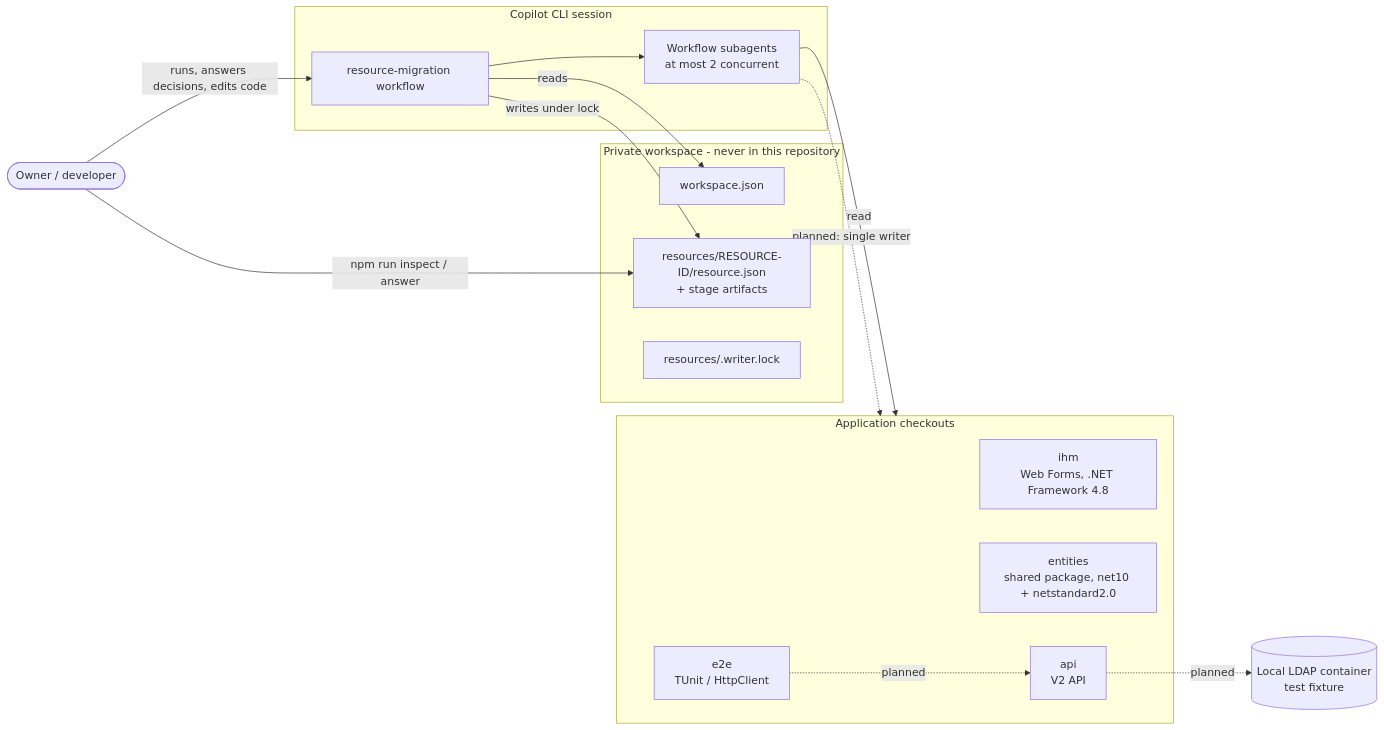
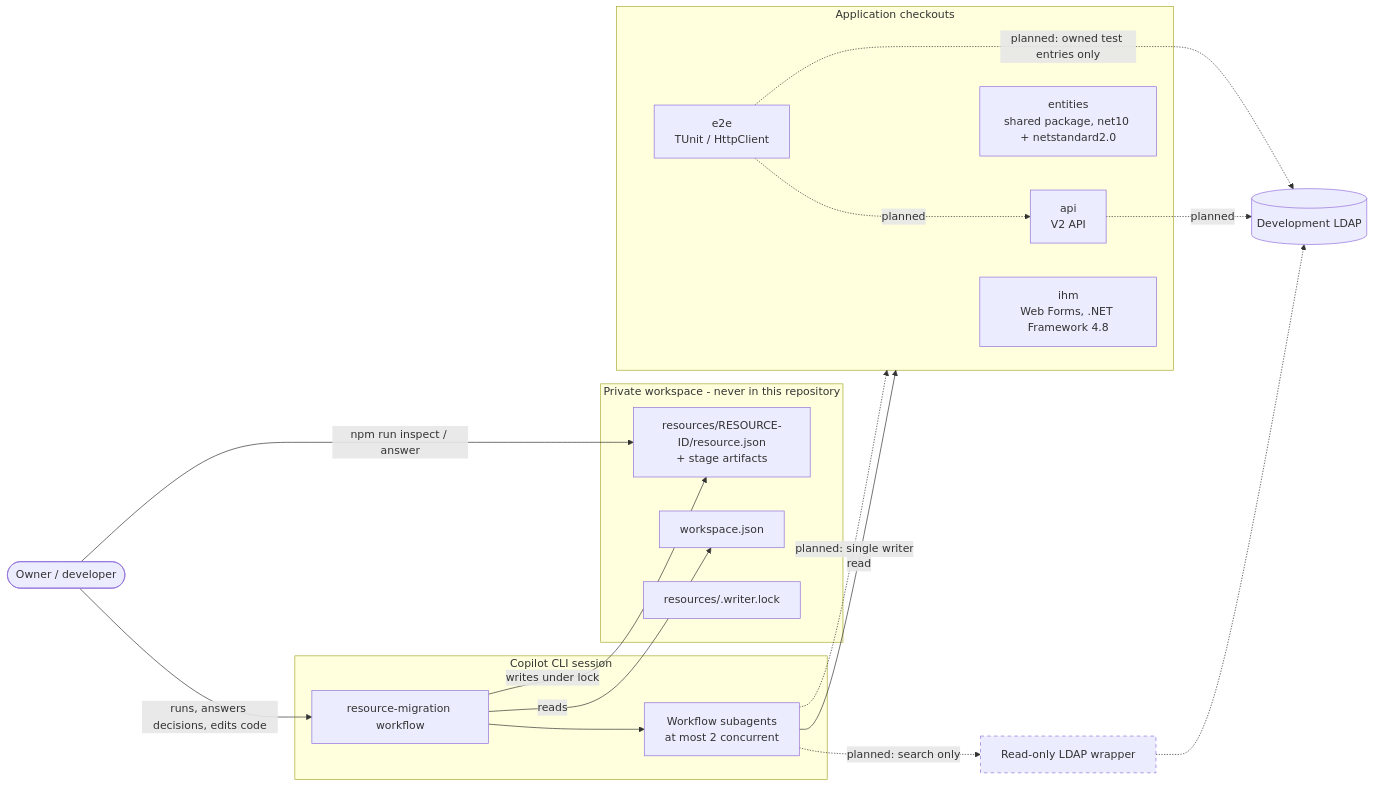
One commit to SimonGelbart/migration-dynamic-workflow changed the second of 12 diagrams in docs/design.md. Above: the diagram before and after it, drawn with Mermaid. The commit also changed other lines of this file and 9 other files, not shown here.

Commit message:
Adopt the owner's complete workflow as the master diagram and rename step 00

````diff
--- a/docs/design.md
+++ b/docs/design.md
@@ -116,30 +412,34 @@
 ```mermaid
 flowchart LR
   owner([Owner / developer])
   subgraph copilot [Copilot CLI session]
     wf[resource-migration workflow]
     agents[Workflow subagents<br/>at most 2 concurrent]
   end
   subgraph private [Private workspace - never in this repository]
     cfg[workspace.json]
     rec[resources/RESOURCE-ID/resource.json<br/>+ stage artifacts]
     lock[resources/.writer.lock]
   end
   subgraph apps [Application checkouts]
     ihm[ihm<br/>Web Forms, .NET Framework 4.8]
     ent[entities<br/>shared package, net10 + netstandard2.0]
     api[api<br/>V2 API]
     e2e[e2e<br/>TUnit / HttpClient]
   end
-  ldap[(Local LDAP container<br/>test fixture)]
+  ldap[(Development LDAP)]
+  wrap[Read-only LDAP wrapper]:::planned
 
   owner -- runs, answers decisions, edits code --> wf
   owner -- npm run inspect / answer --> rec
   wf --> agents
   wf -- reads --> cfg
   wf -- writes under lock --> rec
   agents -- read --> apps
   agents -. planned: single writer .-> apps
   e2e -. planned .-> api
   api -. planned .-> ldap
+  agents -. planned: search only .-> wrap -.-> ldap
+  e2e -. planned: owned test entries only .-> ldap
+  classDef planned stroke-dasharray: 5 5
 ```
````
